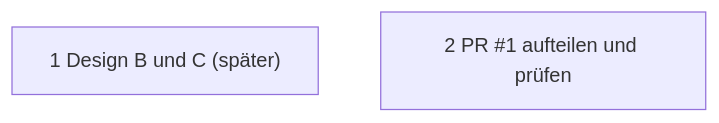
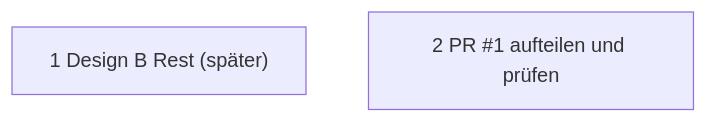
The diagram in wiki/offen.md (hhalex660/audio-konverter), drawn with Mermaid before and after one commit. The commit also changed other lines of this file and 22 other files, not shown here.

````diff
--- a/wiki/offen.md
+++ b/wiki/offen.md
@@ -3,5 +3,5 @@
 ```mermaid
 flowchart TD
-    E["1 Design B und C (später)"]
+    E["1 Design B Rest (später)"]
     F["2 PR #1 aufteilen und prüfen"]
 ```
````
